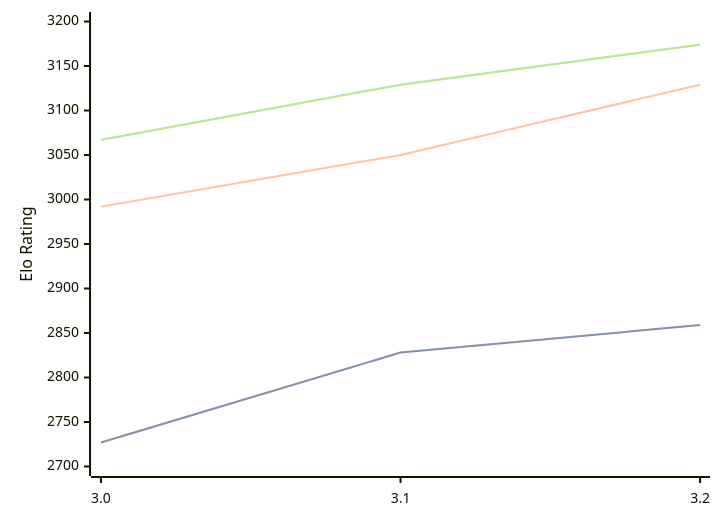
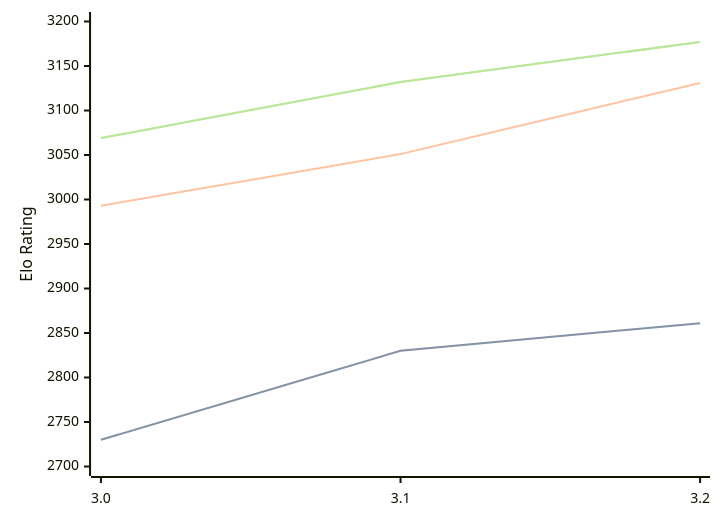
One commit to computer-chess-index/cci changed the diagram in engines/Vajolet2.md. Above: the diagram before and after it, drawn with Mermaid. The commit also changed other lines of this file, not shown here.

Commit message:
Update CCI Ratings (ELO VLTC) - 2026-09-01

````diff
--- a/engines/Vajolet2.md
+++ b/engines/Vajolet2.md
@@ -33,11 +33,11 @@
 ```mermaid
 %%{init: {"theme":"base","themeVariables":{"seriesColors:['#a3a3a3','#222221','#faa371']}}}%%
 xychart-beta
   x-axis ["3.0", "3.1", "3.2"]
   y-axis "Elo Rating" 2700 --> 3200
-  line "" [2727, 2828, 2859]
-  line "STC (8.0+0.08s)" [2727, 2828, 2859]
-  line "LTC (60.0+0.60s)" [2992, 3050, 3129]
-  line "" [3067, 3129, 3174]
-  line "VLTC (2m24s+1.12s)" [3067, 3129, 3174]
+  line "" [2730, 2830, 2861]
+  line "STC (8.0+0.08s)" [2730, 2830, 2861]
+  line "LTC (60.0+0.60s)" [2993, 3051, 3131]
+  line "" [3069, 3132, 3177]
+  line "VLTC (2m24s+1.12s)" [3069, 3132, 3177]
 ```
````
